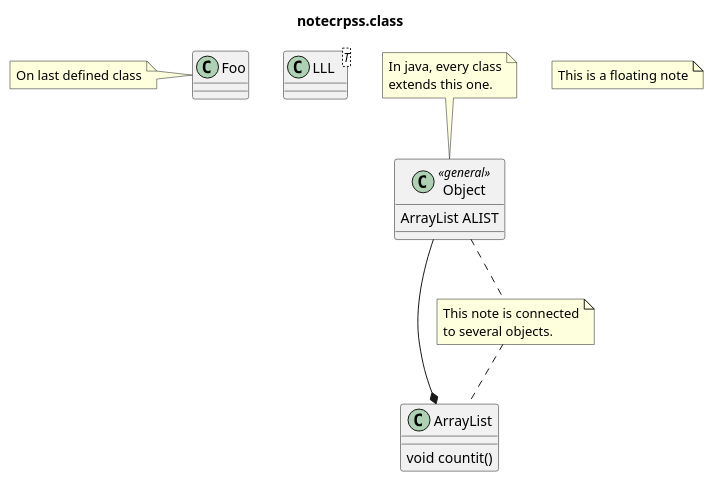
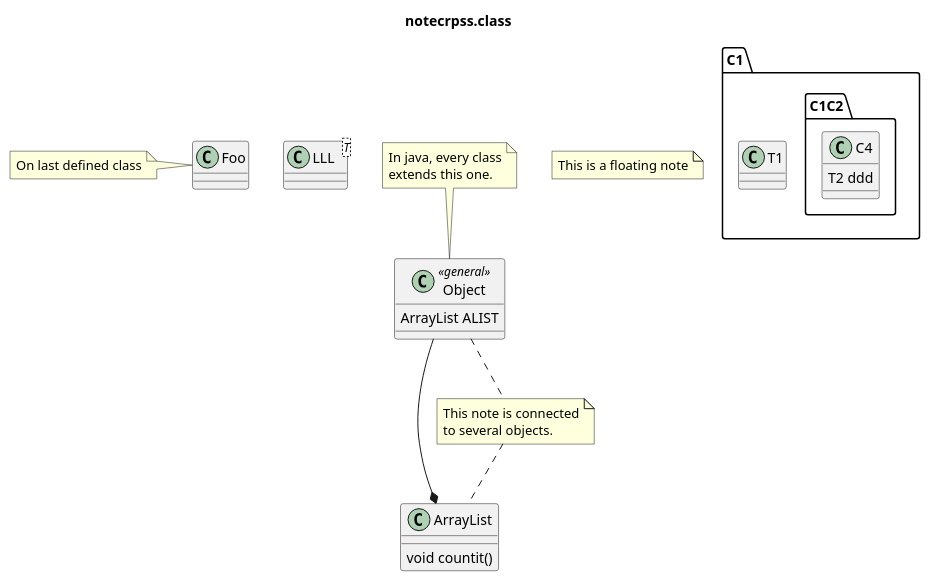
Before and after one commit to AnQueth/PlantUMLEditor: the diagram in testdocs/notecrpss.class.puml, drawn with PlantUML. The commit also changed 10 other files, not shown here.

```diff
--- a/testdocs/notecrpss.class.puml
+++ b/testdocs/notecrpss.class.puml
@@ -1,31 +1,44 @@
 @startuml
 
 title notecrpss.class
 
 class LLL<T> {
 }
 
 class Object <<general>> {
-    ArrayList ALIST
+  ArrayList ALIST
 }
 
 class ArrayList {
-    void countit()
+  void countit()
+}
+
+package C1 {
+  class T1 {
+    
+  }
+  
+  package C1C2 {
+    class C4 {
+      T2 ddd
+      }
+    
+    }
 }
 
 
 note top of Object : In java, every class\nextends this one.
 
 note "This is a floating note" as N1
 
 note "This note is connected\nto several objects." as N2
 class Foo {
 }
 
 
 note left: On last defined class
 
 Object --* ArrayList
 Object .. N2
 N2 .. ArrayList
 @enduml
```
